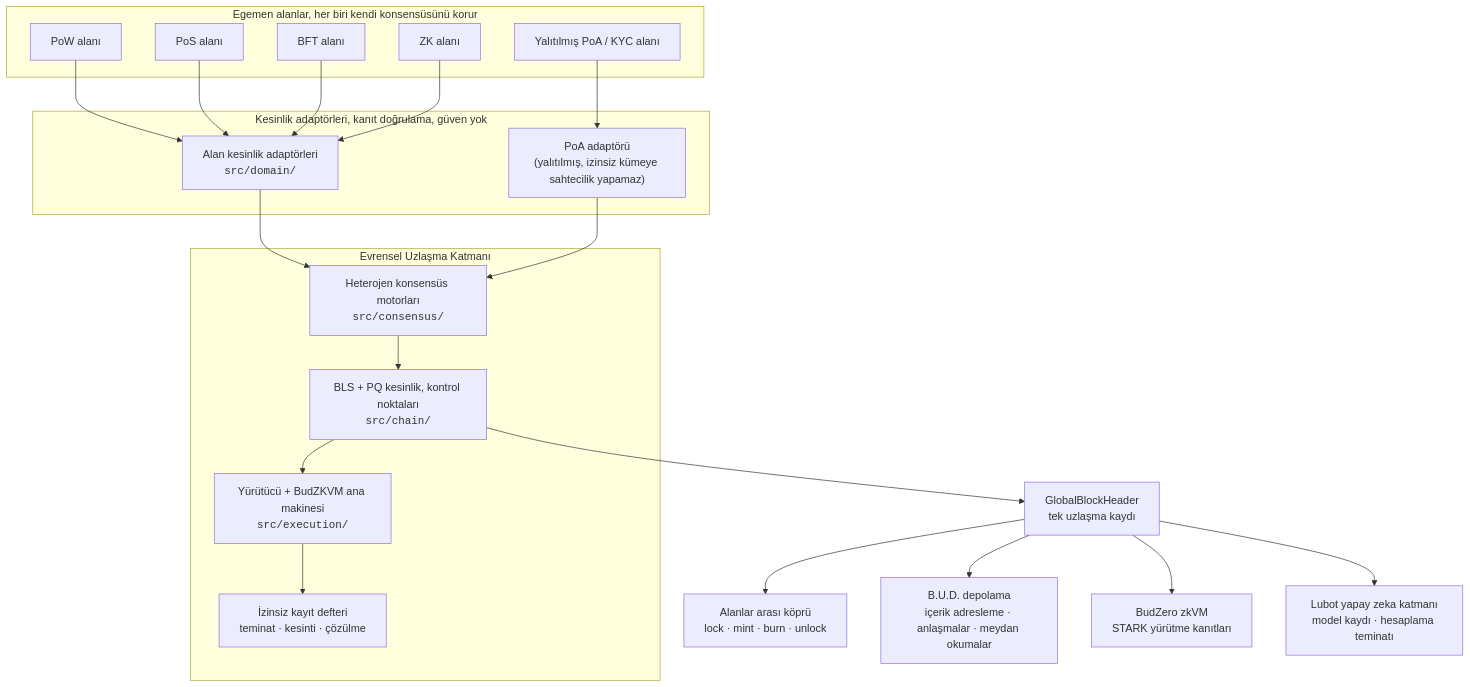
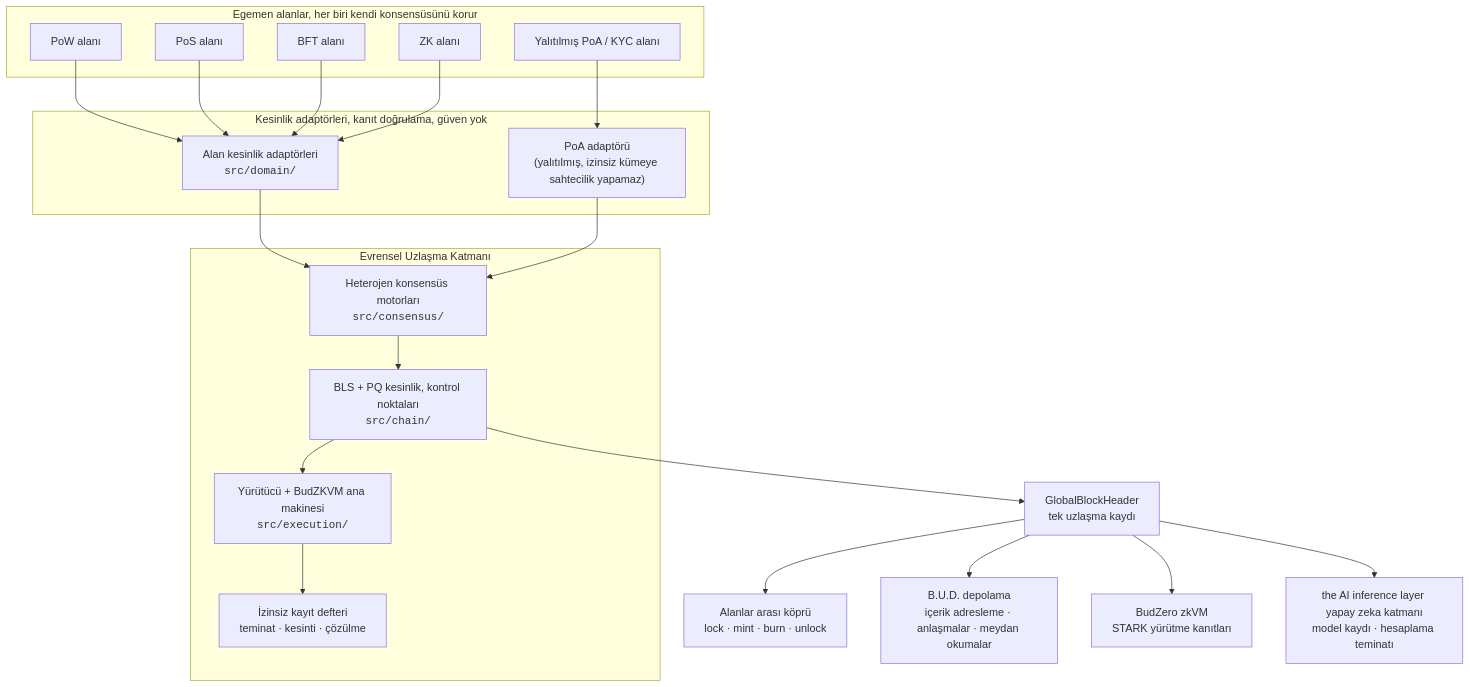
One commit to budlum-xyz/budlum changed the diagram in README.tr.md. Above: the diagram before and after it, drawn with Mermaid. The commit also changed other lines of this file and 180 other files, not shown here.

Commit message:
budlum the node AI layer is named the AI inference layer

````diff
--- a/README.tr.md
+++ b/README.tr.md
@@ -66,39 +66,39 @@
 ```mermaid
 flowchart TB
   subgraph Domains["Egemen alanlar, her biri kendi konsensüsünü korur"]
     PoW["PoW alanı"]
     PoS["PoS alanı"]
     BFT["BFT alanı"]
     ZKD["ZK alanı"]
     PoA["Yalıtılmış PoA / KYC alanı"]
   end
 
   subgraph Adapters["Kesinlik adaptörleri, kanıt doğrulama, güven yok"]
     FA["Alan kesinlik adaptörleri<br/><code>src/domain/</code>"]
     PA["PoA adaptörü<br/>(yalıtılmış, izinsiz kümeye sahtecilik yapamaz)"]
   end
 
   subgraph USL["Evrensel Uzlaşma Katmanı"]
     CONS["Heterojen konsensüs motorları<br/><code>src/consensus/</code>"]
     FIN["BLS + PQ kesinlik, kontrol noktaları<br/><code>src/chain/</code>"]
     EXEC["Yürütücü + BudZKVM ana makinesi<br/><code>src/execution/</code>"]
     REG["İzinsiz kayıt defteri<br/>teminat · kesinti · çözülme"]
   end
 
   PoW --> FA
   PoS --> FA
   BFT --> FA
   ZKD --> FA
   PoA --> PA
   FA --> CONS
   PA --> CONS
   CONS --> FIN
   FIN --> EXEC
   EXEC --> REG
 
   FIN --> GBH["GlobalBlockHeader<br/>tek uzlaşma kaydı"]
   GBH --> BR["Alanlar arası köprü<br/>lock · mint · burn · unlock"]
   GBH --> ST["B.U.D. depolama<br/>içerik adresleme · anlaşmalar · meydan okumalar"]
   GBH --> ZK["BudZero zkVM<br/>STARK yürütme kanıtları"]
-  GBH --> AI["Lubot yapay zeka katmanı<br/>model kaydı · hesaplama teminatı"]
+  GBH --> AI["the AI inference layer yapay zeka katmanı<br/>model kaydı · hesaplama teminatı"]
 ```
````
